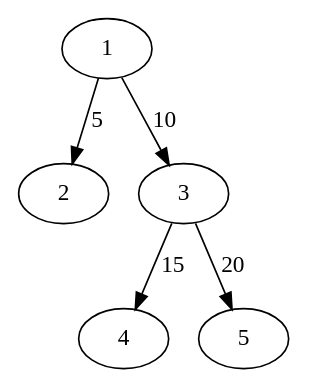
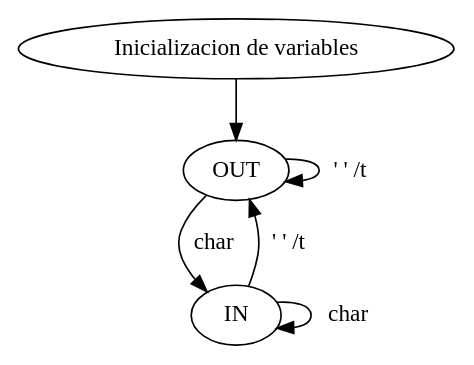
One commit to SantiagoGimenez01/SSL changed the diagram in 02-MaquinasDeEstado/histograma.gv. Above: the diagram before and after it, drawn with Graphviz. The commit also changed 3 other files, not shown here.

```diff
--- a/02-MaquinasDeEstado/histograma.gv
+++ b/02-MaquinasDeEstado/histograma.gv
@@ -1,12 +1,11 @@
 digraph Histograma {
-    1 [label="1"];
-    2 [label="2"];
-    3 [label="3"];
-    4 [label="4"];
-    5 [label="5"];
+    1 [label="Inicializacion de variables"];
+    2 [label="OUT"];
+    3 [label="IN"];
     
-    1 -> 2 [label="5"];
-    1 -> 3 [label="10"];
-    3 -> 4 [label="15"];
-    3 -> 5 [label="20"];
+    1 -> 2
+    2 -> 2 [label=" ' ' /t "];
+    2 -> 3 [label=" char  "];
+    3 -> 2 [label=" ' ' /t "];
+    3 -> 3 [label = "  char"]
 }
```
